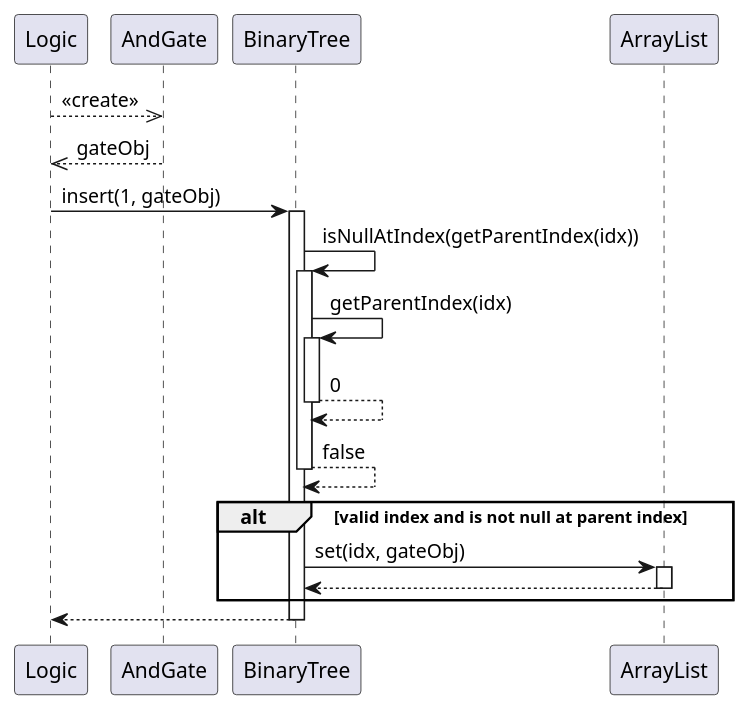
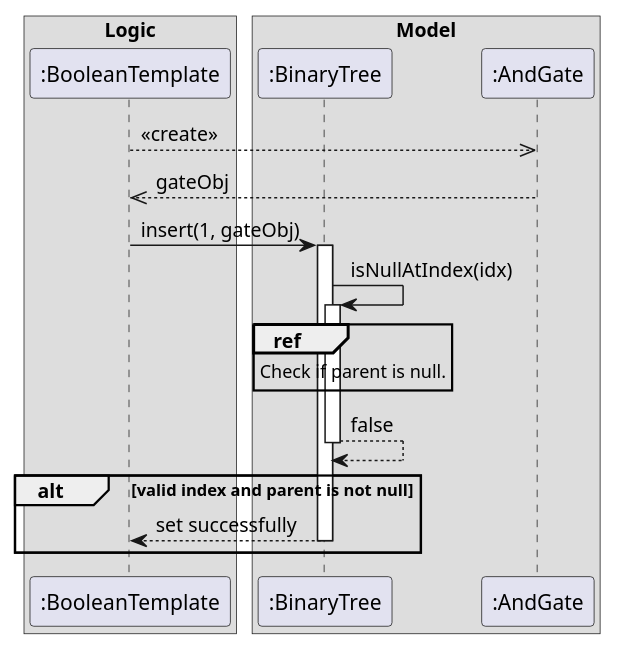
Before and after one commit to sevenseasofbri/tp: the diagram in docs/diagrams/BinaryTreeInsertSequenceDiagram.puml, drawn with PlantUML. The commit also changed 8 other files, not shown here.

```diff
--- a/docs/diagrams/BinaryTreeInsertSequenceDiagram.puml
+++ b/docs/diagrams/BinaryTreeInsertSequenceDiagram.puml
@@ -1,15 +1,23 @@
 @startuml
+box Logic
+participant ":BooleanTemplate" as BooleanTemplate
+end box
+
+box Model
+participant ":BinaryTree" as BinaryTree
+participant ":AndGate" as AndGate
+end box
 autoactivate on
-Logic -->>AndGate: <<create>>
+BooleanTemplate -->>AndGate: <<create>>
 return gateObj
-Logic -> BinaryTree : insert(1, gateObj)
-BinaryTree -> BinaryTree : isNullAtIndex(getParentIndex(idx))
-BinaryTree -> BinaryTree : getParentIndex(idx)
-return 0
+
+BooleanTemplate -> BinaryTree : insert(1, gateObj)
+BinaryTree -> BinaryTree : isNullAtIndex(idx)
+ref over BinaryTree
+Check if parent is null.
+end
 return false
-alt valid index and is not null at parent index
-BinaryTree -> ArrayList : set(idx, gateObj)
-return
+alt valid index and parent is not null
+return set successfully
 end
-return
 @enduml
```
